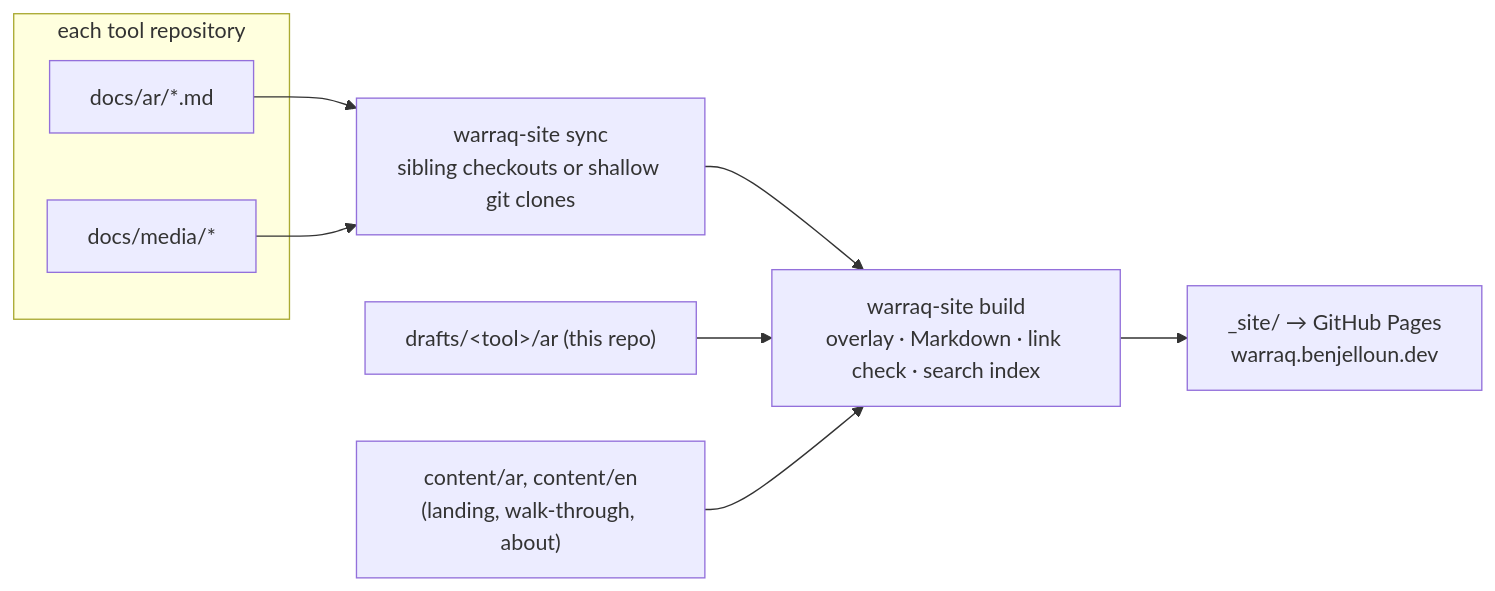
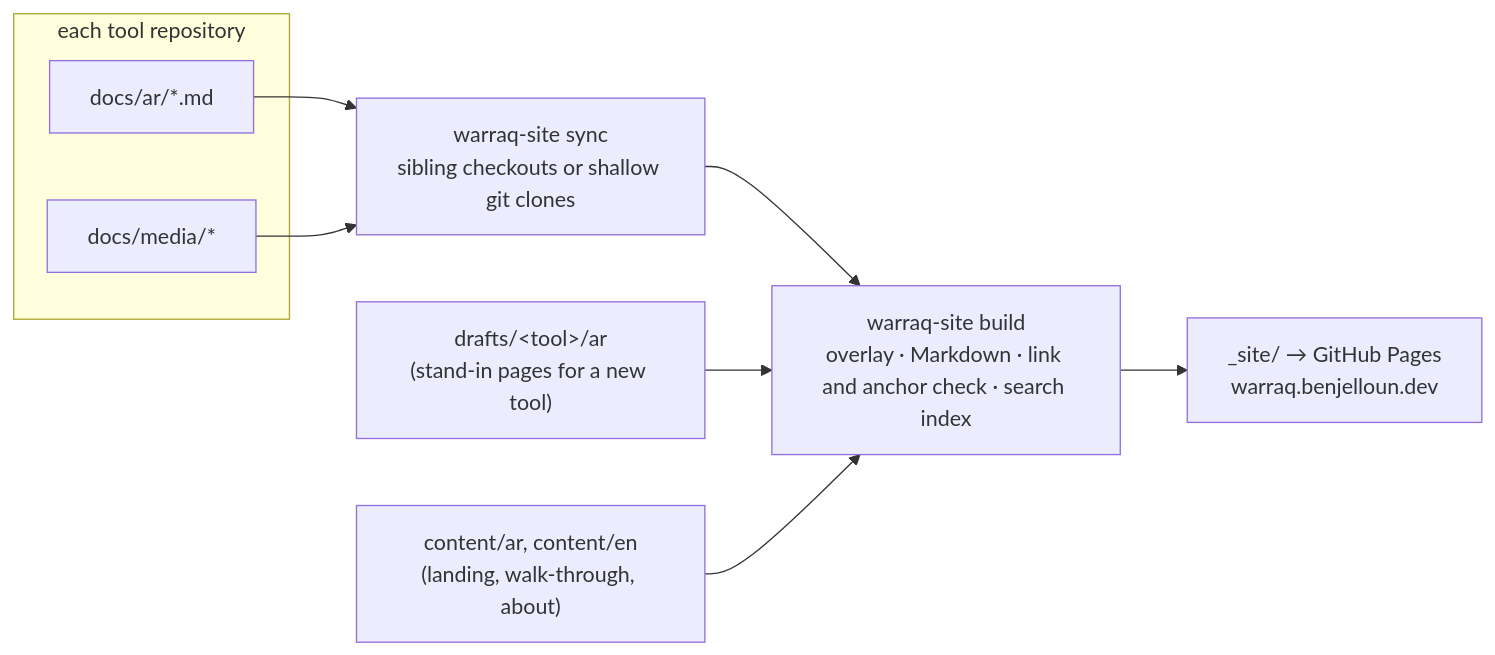
One commit to kmbenjel/warraq changed the diagram in README.md. Above: the diagram before and after it, drawn with Mermaid. The commit also changed other lines of this file and 9 other files, not shown here.

````diff
--- a/README.md
+++ b/README.md
@@ -44,17 +46,17 @@
 ```mermaid
 flowchart LR
   subgraph tools["each tool repository"]
     A["docs/ar/*.md"]
     M["docs/media/*"]
   end
-  D["drafts/&lt;tool&gt;/ar (this repo)"]
+  D["drafts/&lt;tool&gt;/ar<br>(stand-in pages for a new tool)"]
   C["content/ar, content/en<br>(landing, walk-through, about)"]
   S["warraq-site sync<br>sibling checkouts or shallow git clones"]
-  B["warraq-site build<br>overlay · Markdown · link check · search index"]
+  B["warraq-site build<br>overlay · Markdown · link and anchor check · search index"]
   O["_site/ → GitHub Pages<br>warraq.benjelloun.dev"]
   A --> S --> B
   M --> S
   D --> B
   C --> B
   B --> O
 ```
````
